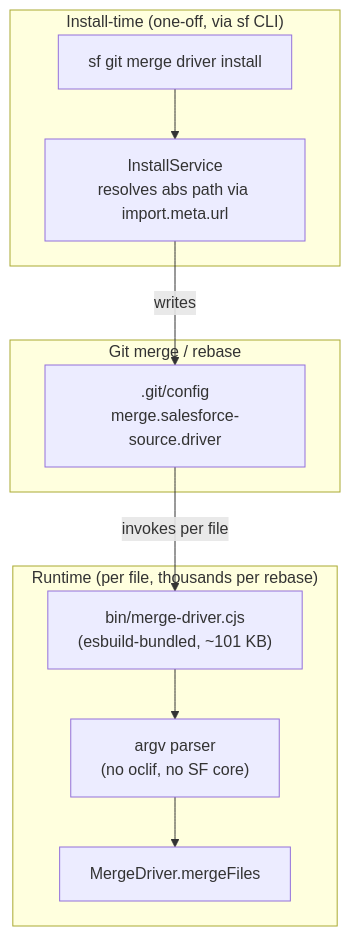
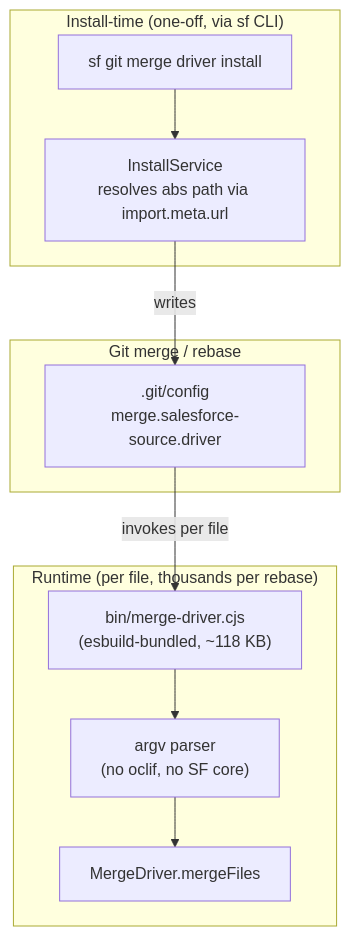
One commit to scolladon/sf-git-merge-driver changed the fifth of 8 diagrams in DESIGN.md. Above: the diagram before and after it, drawn with Mermaid. The commit also changed other lines of this file and 55 other files, not shown here.

````diff
--- a/DESIGN.md
+++ b/DESIGN.md
@@ -195,21 +198,21 @@
 ```mermaid
 flowchart TD
     subgraph Git["Git merge / rebase"]
         GitCfg[".git/config<br/>merge.salesforce-source.driver"]
     end
 
     subgraph Install["Install-time (one-off, via sf CLI)"]
         SfInstall["sf git merge driver install"]
         InstallSvc["InstallService<br/>resolves abs path via import.meta.url"]
     end
 
     subgraph Runtime["Runtime (per file, thousands per rebase)"]
-        Binary["bin/merge-driver.cjs<br/>(esbuild-bundled, ~101 KB)"]
+        Binary["bin/merge-driver.cjs<br/>(esbuild-bundled, ~118 KB)"]
         ArgvParser["argv parser<br/>(no oclif, no SF core)"]
         MD["MergeDriver.mergeFiles"]
     end
 
     SfInstall --> InstallSvc -->|writes| GitCfg
     GitCfg -->|invokes per file| Binary
     Binary --> ArgvParser --> MD
 ```
````
